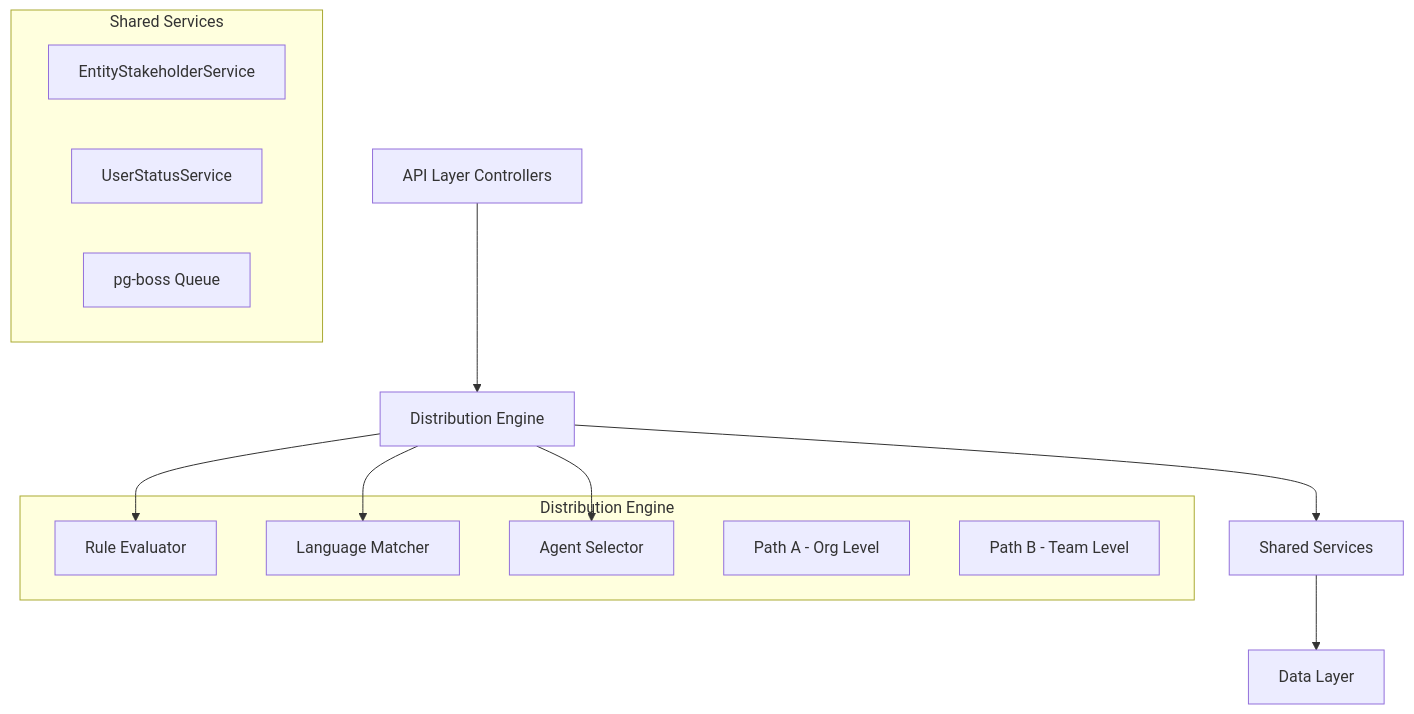
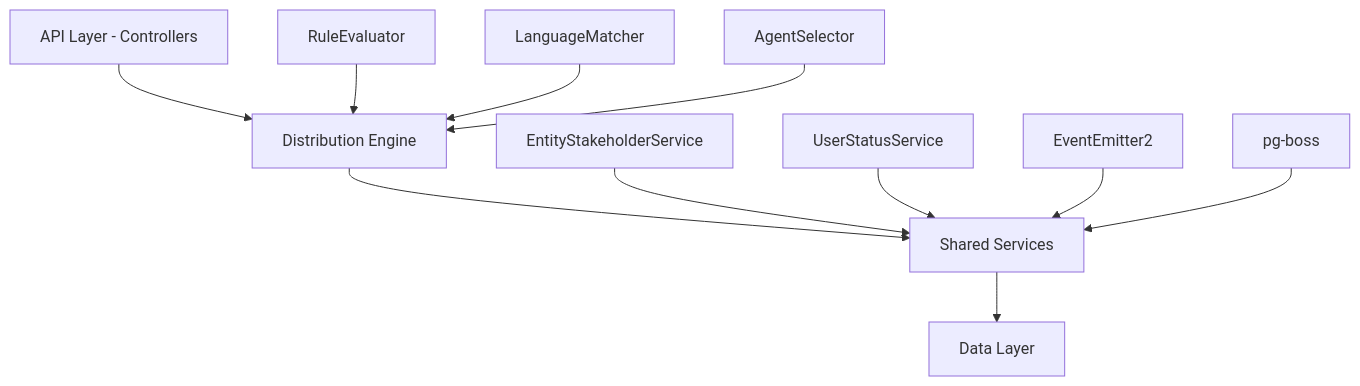
Before and after one commit to tech-propwise-org/docs: the diagram in backend/crm/distribution-module-specification-canonical.mdx, drawn with Mermaid. The commit also changed other lines of this file and 83 other files, not shown here.

````diff
--- a/backend/crm/distribution-module-specification-canonical.mdx
+++ b/backend/crm/distribution-module-specification-canonical.mdx
@@ -45,23 +39,15 @@
 ```mermaid
-graph TD
-    A[API Layer Controllers] --> B[Distribution Engine]
-    B --> C[Rule Evaluator]
-    B --> D[Language Matcher]
-    B --> E[Agent Selector]
-    B --> F[Shared Services]
-    F --> G[Data Layer]
+graph TB
+    A[API Layer - Controllers] --> B[Distribution Engine]
+    B --> C[Shared Services]
+    C --> D[Data Layer]
     
-    subgraph "Distribution Engine"
-        C
-        D
-        E
-        H[Path A - Org Level]
-        I[Path B - Team Level]
-    end
+    B1[RuleEvaluator] --> B
+    B2[LanguageMatcher] --> B
+    B3[AgentSelector] --> B
     
-    subgraph "Shared Services"
-        J[EntityStakeholderService]
-        K[UserStatusService]
-        L[pg-boss Queue]
-    end
+    C1[EntityStakeholderService] --> C
+    C2[UserStatusService] --> C
+    C3[EventEmitter2] --> C
+    C4[pg-boss] --> C
 ```
````
